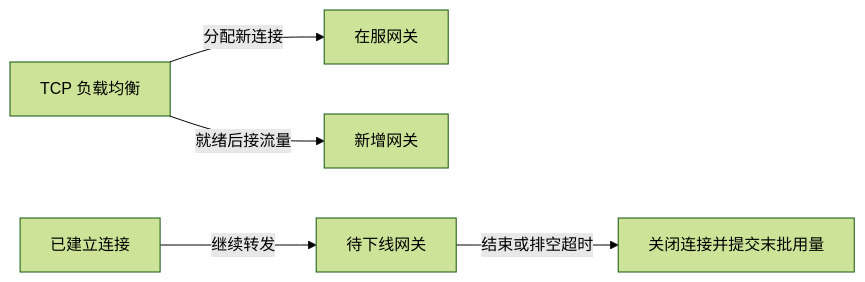
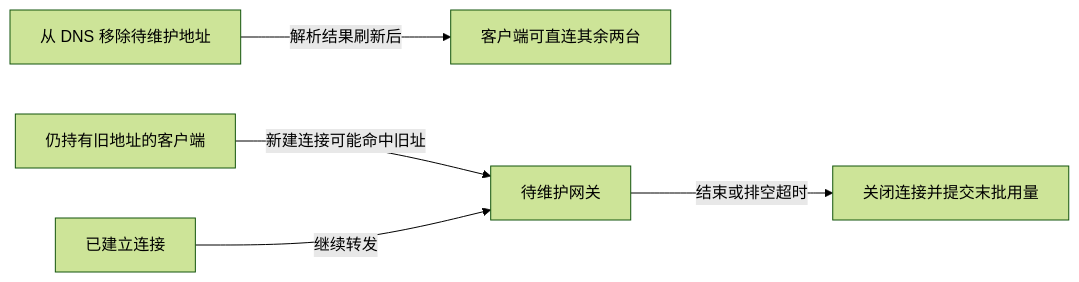
The fourth of 4 diagrams in docs/multi-tenant-proxy-architecture.md (DuanJinTaoToday/proxy), drawn with Mermaid (forest theme) before and after one commit. The commit also changed other lines of this file and 2 other files, not shown here.

Commit message:
Document DNS-direct gateway access and upstream pool

````diff
--- a/docs/multi-tenant-proxy-architecture.md
+++ b/docs/multi-tenant-proxy-architecture.md
@@ -86,7 +88,7 @@
 ```mermaid
 flowchart LR
-    LB["TCP 负载均衡"] -->|分配新连接| A["在服网关"]
-    LB -->|就绪后接流量| B["新增网关"]
-    Old["已建立连接"] -->|继续转发| Drain["待下线网关"]
+    DNS["从 DNS 移除待维护地址"] -->|解析结果刷新后| A["客户端可直连其余两台"]
+    Cached["仍持有旧地址的客户端"] -->|新建连接可能命中旧址| Drain["待维护网关"]
+    Active["已建立连接"] -->|继续转发| Drain
     Drain -->|结束或排空超时| Finish["关闭连接并提交末批用量"]
 ```
````
